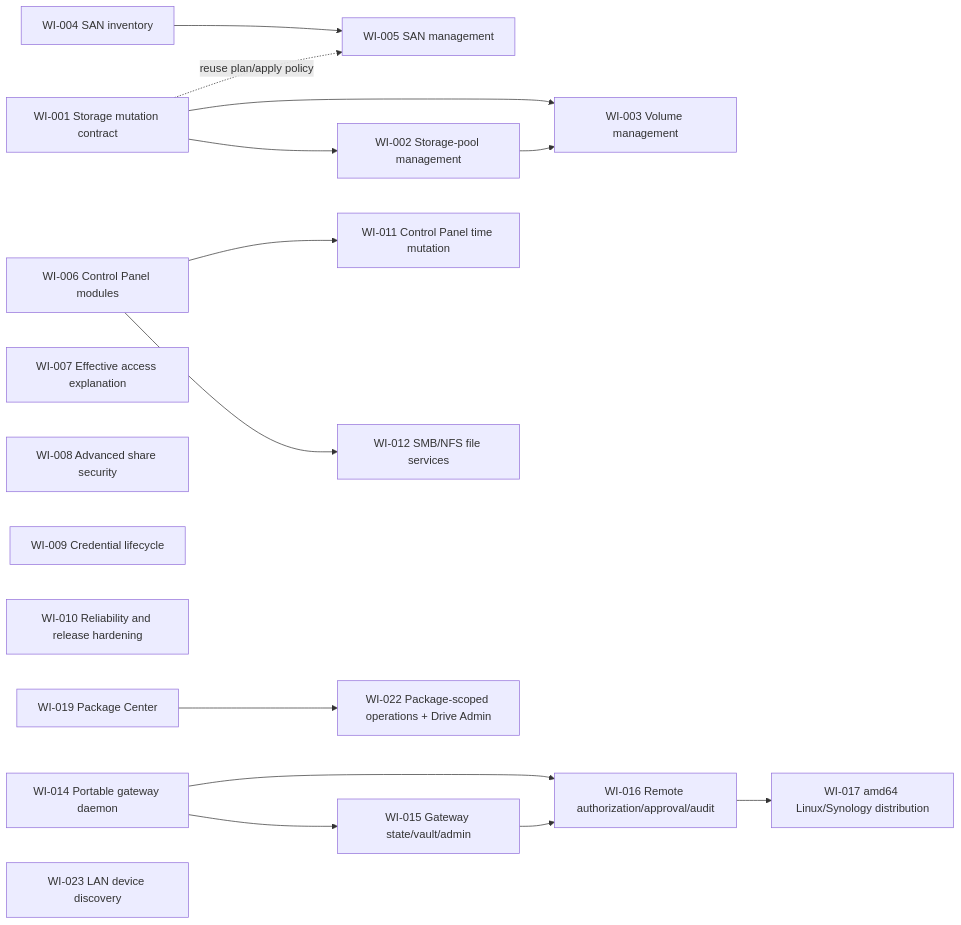
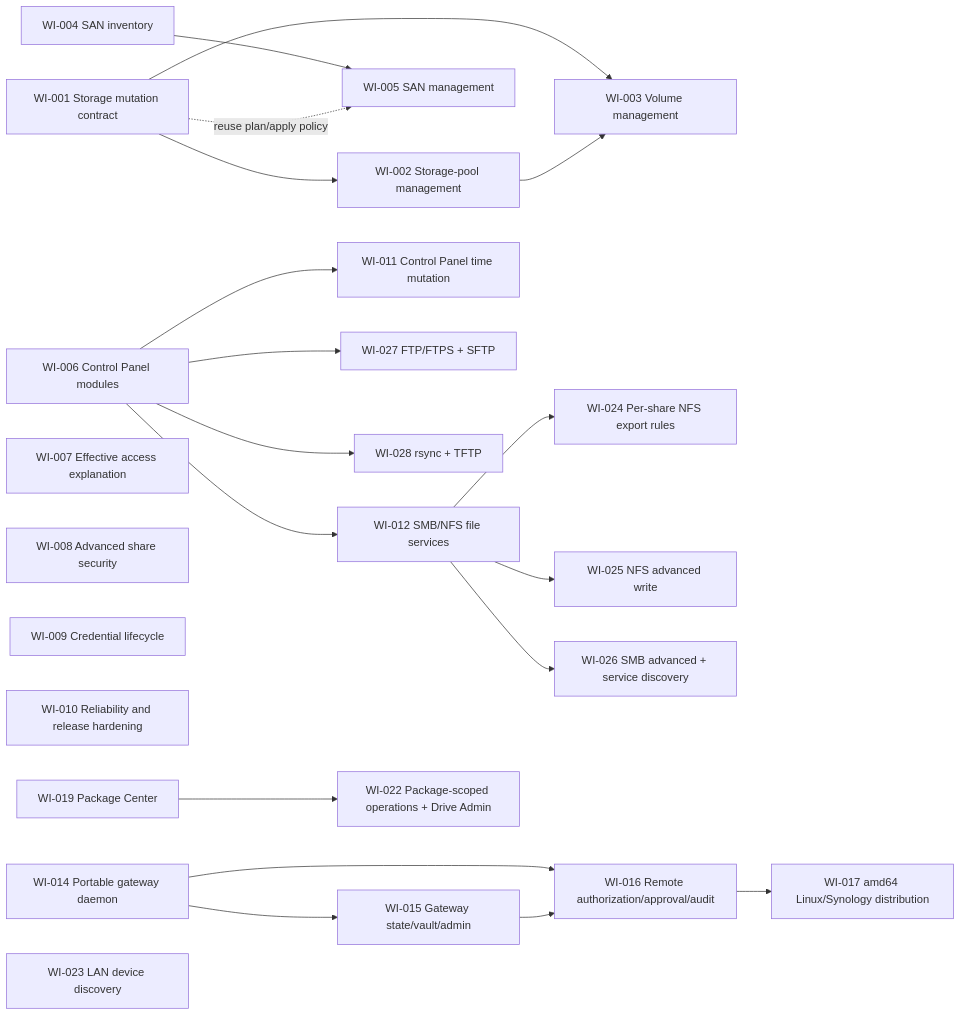
One commit to derekvery666/dsmctl changed the diagram in spec/roadmap.md. Above: the diagram before and after it, drawn with Mermaid. The commit also changed other lines of this file and 5 other files, not shown here.

````diff
--- a/spec/roadmap.md
+++ b/spec/roadmap.md
@@ -9,21 +9,26 @@
 ```mermaid
 flowchart LR
   WI001["WI-001 Storage mutation contract"] --> WI002["WI-002 Storage-pool management"]
   WI001 --> WI003["WI-003 Volume management"]
   WI002 --> WI003
   WI004["WI-004 SAN inventory"] --> WI005["WI-005 SAN management"]
   WI001 -. "reuse plan/apply policy" .-> WI005
   WI006["WI-006 Control Panel modules"]
   WI006 --> WI012["WI-012 SMB/NFS file services"]
   WI006 --> WI011["WI-011 Control Panel time mutation"]
+  WI012 --> WI024["WI-024 Per-share NFS export rules"]
+  WI012 --> WI025["WI-025 NFS advanced write"]
+  WI012 --> WI026["WI-026 SMB advanced + service discovery"]
+  WI006 --> WI027["WI-027 FTP/FTPS + SFTP"]
+  WI006 --> WI028["WI-028 rsync + TFTP"]
   WI007["WI-007 Effective access explanation"]
   WI008["WI-008 Advanced share security"]
   WI009["WI-009 Credential lifecycle"]
   WI010["WI-010 Reliability and release hardening"]
   WI014["WI-014 Portable gateway daemon"] --> WI015["WI-015 Gateway state/vault/admin"]
   WI014 --> WI016["WI-016 Remote authorization/approval/audit"]
   WI015 --> WI016
   WI016 --> WI017["WI-017 amd64 Linux/Synology distribution"]
   WI019["WI-019 Package Center"] --> WI022["WI-022 Package-scoped operations + Drive Admin"]
   WI023["WI-023 LAN device discovery"]
 ```
````
